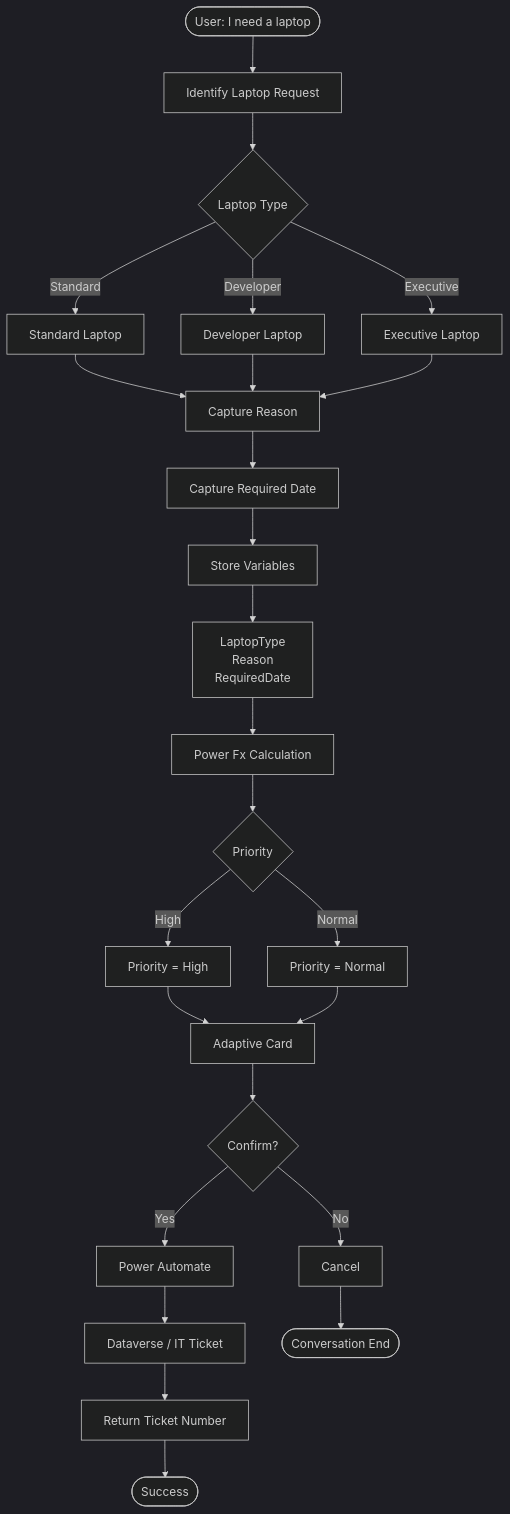
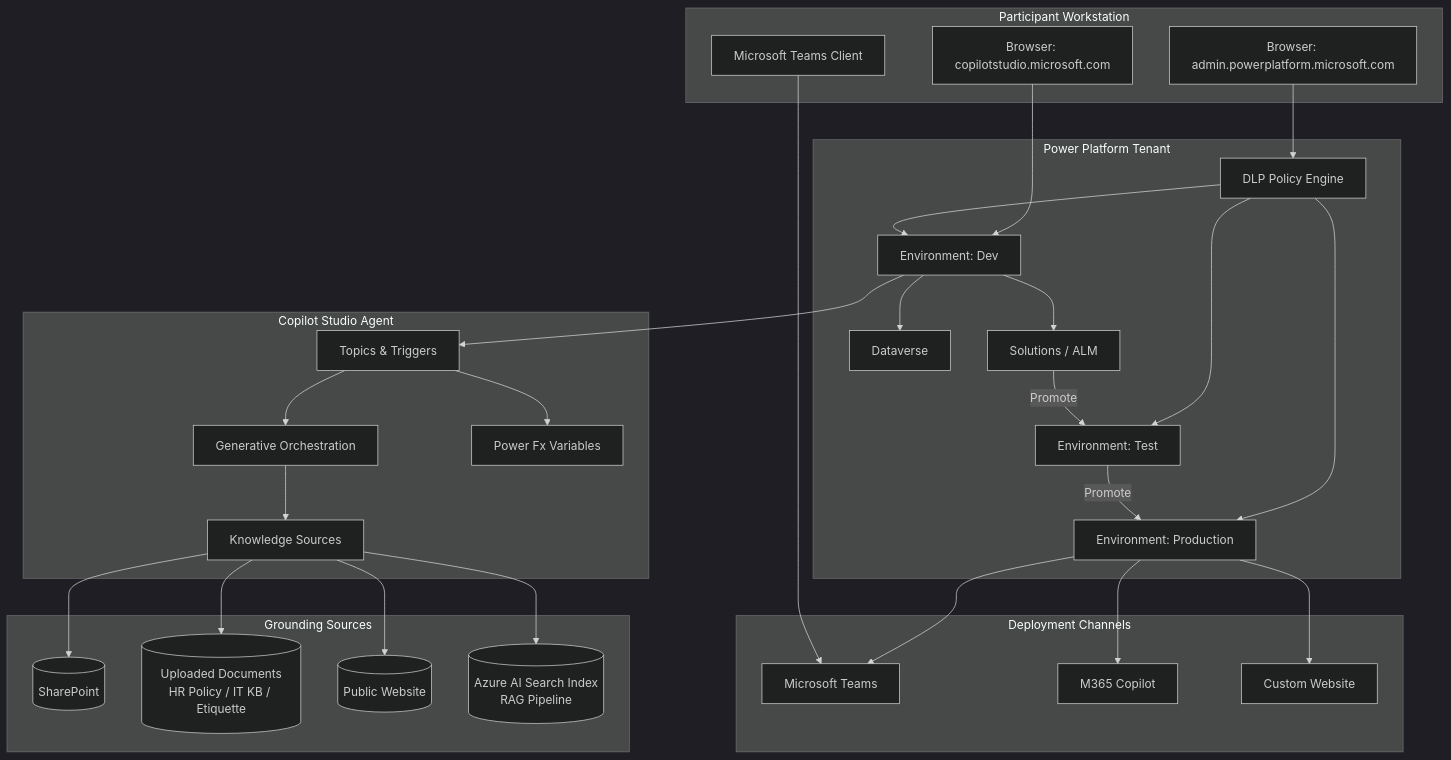
Before and after one commit to avyuktitech/AB-620_Microsoft_Certified_AI_Agent_Builder_Associate-E-Y_Oct_2026: the first of 2 diagrams in README.md, drawn with Mermaid (dark theme). The commit also changed other lines of this file, not shown here.

````diff
--- a/README.md
+++ b/README.md
@@ -187,45 +59,49 @@
 ```mermaid
-flowchart TD
+flowchart TB
+    subgraph Participant["Participant Workstation"]
+        A[Browser: copilotstudio.microsoft.com]
+        B[Browser: admin.powerplatform.microsoft.com]
+        C[Microsoft Teams Client]
+    end
 
-    A([User: I need a laptop])
+    subgraph PowerPlatform["Power Platform Tenant"]
+        D[Environment: Dev]
+        E[Environment: Test]
+        F[Environment: Production]
+        G[DLP Policy Engine]
+        H[Dataverse]
+        I[Solutions / ALM]
+    end
 
-    A --> B[Identify Laptop Request]
+    subgraph AgentCore["Copilot Studio Agent"]
+        J[Topics & Triggers]
+        K[Generative Orchestration]
+        L[Power Fx Variables]
+        M[Knowledge Sources]
+    end
 
-    B --> C{Laptop Type}
+    subgraph Knowledge["Grounding Sources"]
+        N[(SharePoint)]
+        O[(Uploaded Documents\nHR Policy / IT KB / Etiquette)]
+        P[(Public Website)]
+        Q[(Azure AI Search Index\nRAG Pipeline)]
+    end
 
-    C -->|Standard| D[Standard Laptop]
-    C -->|Developer| E[Developer Laptop]
-    C -->|Executive| F[Executive Laptop]
+    subgraph Channels["Deployment Channels"]
+        R[Microsoft Teams]
+        S[M365 Copilot]
+        T[Custom Website]
+    end
 
-    D --> G[Capture Reason]
-    E --> G
-    F --> G
-
-    G --> H[Capture Required Date]
-
-    H --> I[Store Variables]
-
-    I --> J["LaptopType<br/>Reason<br/>RequiredDate"]
-
-    J --> K[Power Fx Calculation]
-
-    K --> L{Priority}
-
-    L -->|High| M[Priority = High]
-    L -->|Normal| N[Priority = Normal]
-
-    M --> O[Adaptive Card]
-    N --> O
-
-    O --> P{Confirm?}
-
-    P -->|Yes| Q[Power Automate]
-    P -->|No| R[Cancel]
-
-    Q --> S[Dataverse / IT Ticket]
-    S --> T[Return Ticket Number]
-
-    T --> U([Success])
-
-    R --> V([Conversation End])
+    A --> D
+    B --> G
+    G --> D & E & F
+    D --> H
+    D --> I
+    I -->|Promote| E -->|Promote| F
+    D --> J --> K --> M
+    J --> L
+    M --> N & O & P & Q
+    F --> R & S & T
+    C --> R
 ```
````
